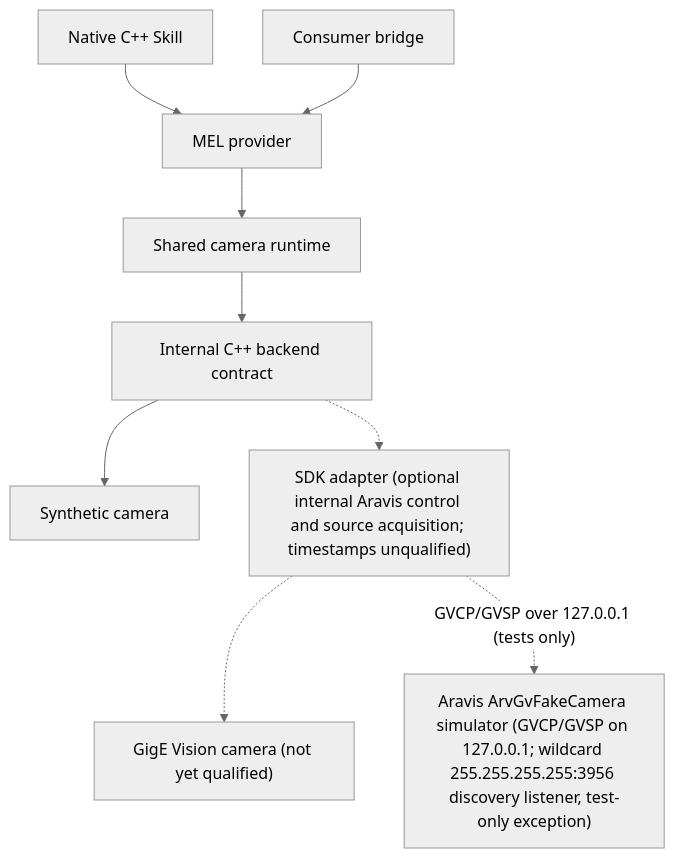
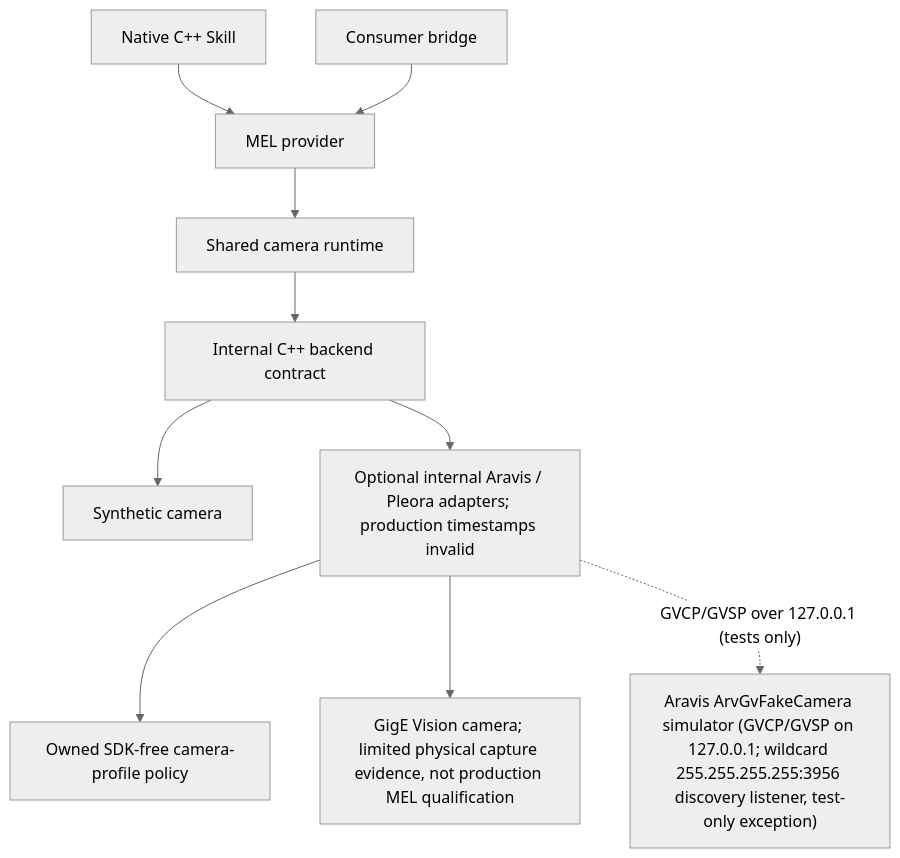
One commit to zackboll/ams-gra-gige-mel-provider changed the first of 2 diagrams in docs/architecture.md. Above: the diagram before and after it, drawn with Mermaid (neutral theme). The commit also changed other lines of this file and 6 other files, not shown here.

````diff
--- a/docs/architecture.md
+++ b/docs/architecture.md
@@ -95,11 +127,12 @@
 ```mermaid
 flowchart TD
     Native["Native C++ Skill"] --> MEL["MEL provider"]
     Bridge["Consumer bridge"] --> MEL
     MEL --> Runtime["Shared camera runtime"]
     Runtime --> Contract["Internal C++ backend contract"]
     Contract --> Synthetic["Synthetic camera"]
-    Contract -.-> SDK["SDK adapter (optional internal Aravis control and source acquisition; timestamps unqualified)"]
-    SDK -.-> Camera["GigE Vision camera (not yet qualified)"]
+    Contract --> SDK["Optional internal Aravis / Pleora adapters; production timestamps invalid"]
+    SDK --> Profile["Owned SDK-free camera-profile policy"]
+    SDK --> Camera["GigE Vision camera; limited physical capture evidence, not production MEL qualification"]
     SDK -. "GVCP/GVSP over 127.0.0.1 (tests only)" .-> Simulator["Aravis ArvGvFakeCamera simulator (GVCP/GVSP on 127.0.0.1; wildcard 255.255.255.255:3956 discovery listener, test-only exception)"]
 ```
````
